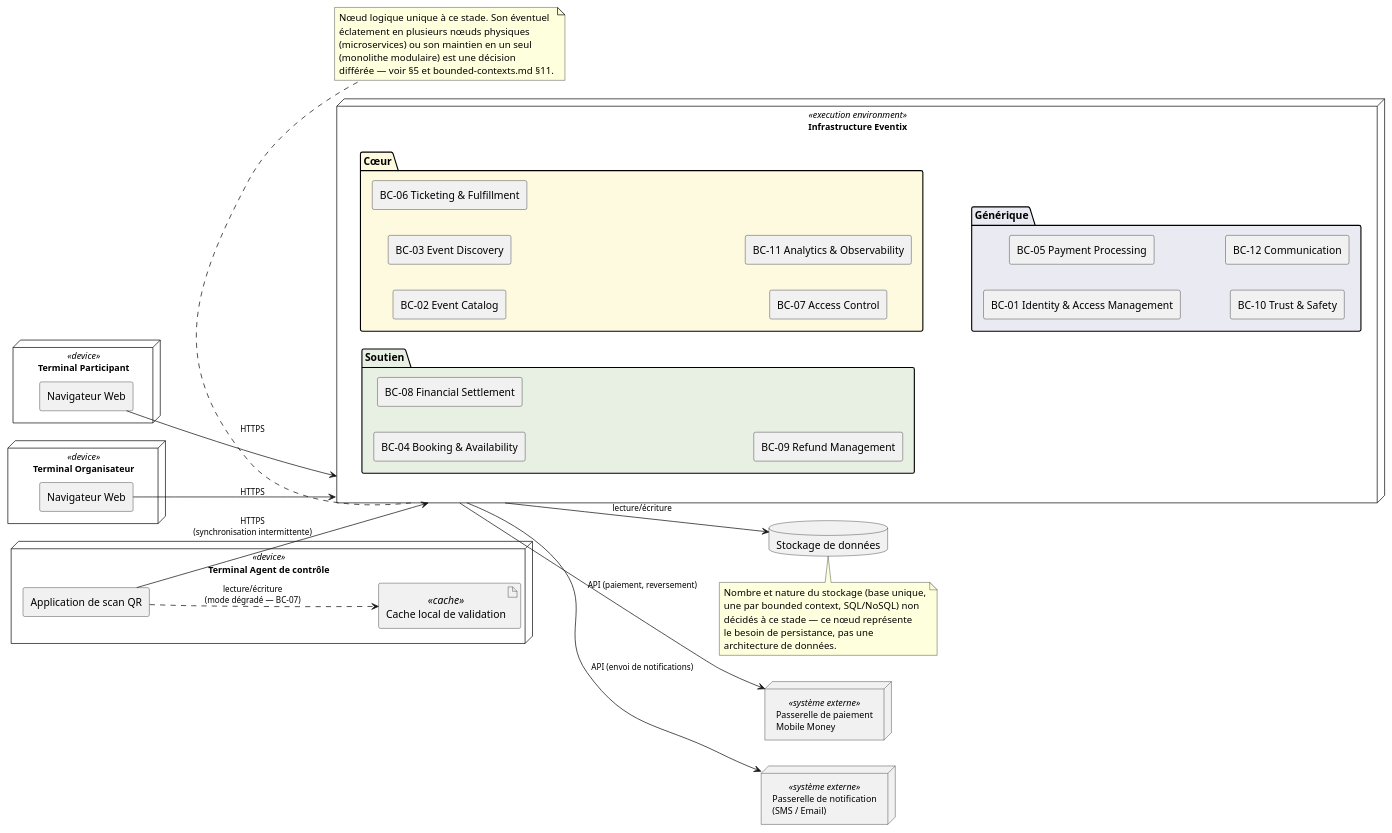
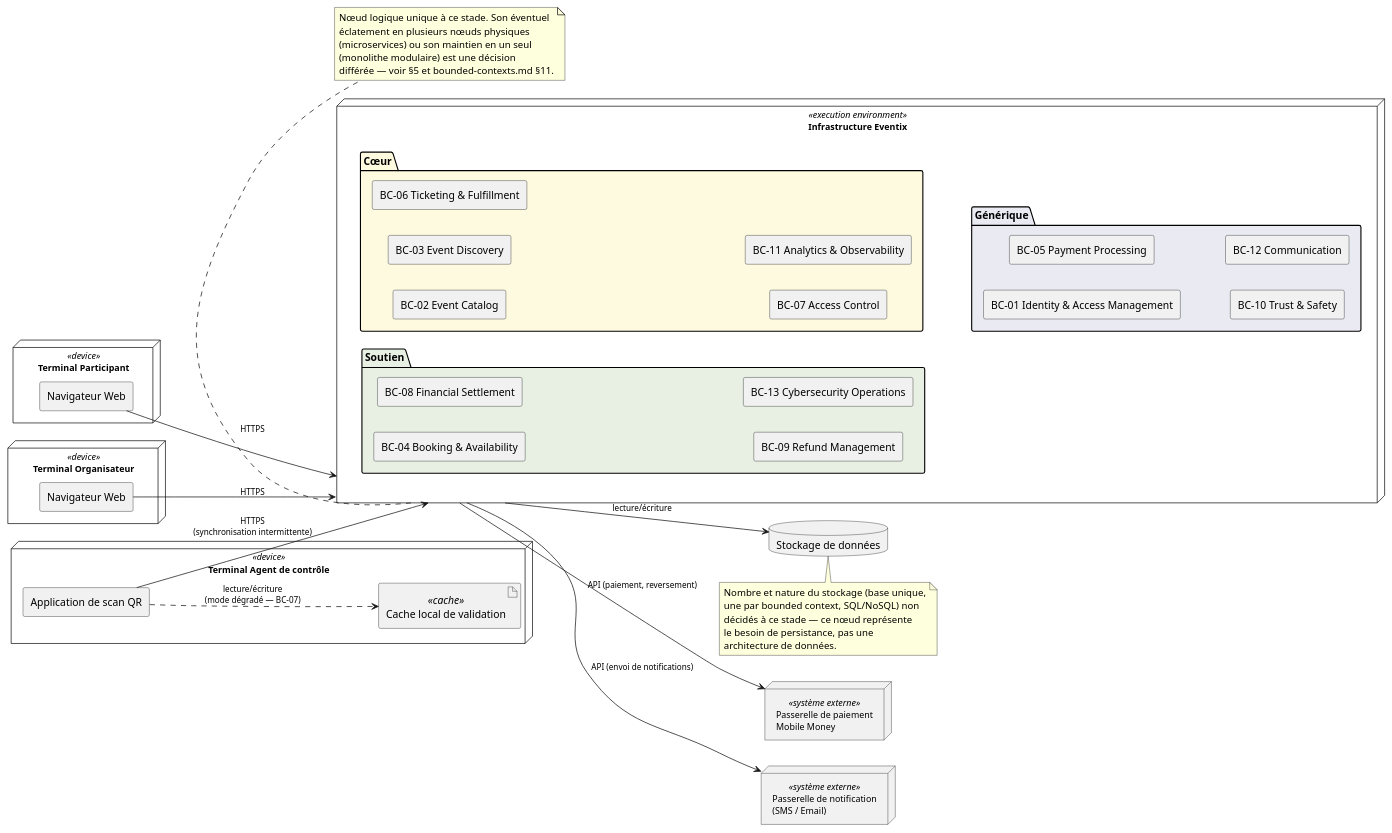
Before and after one commit to SamuHabra/eventix-documentation: the diagram in docs/06-modelisation-uml/diagrammes-de-deploiement.md, drawn with PlantUML. The commit also changed other lines of this file and 67 other files, not shown here.

````diff
--- a/docs/06-modelisation-uml/diagrammes-de-deploiement.md
+++ b/docs/06-modelisation-uml/diagrammes-de-deploiement.md
@@ -54,71 +54,72 @@
 ```plantuml
 @startuml diagramme-de-deploiement
 skinparam ArrowFontSize 11
 skinparam nodeFontSize 12
 skinparam componentStyle rectangle
 left to right direction
 
 node "Terminal Participant" <<device>> as DEV_P {
   component "Navigateur Web" as WEB_P
 }
 
 node "Terminal Organisateur" <<device>> as DEV_O {
   component "Navigateur Web" as WEB_O
 }
 
 node "Terminal Agent de contrôle" <<device>> as DEV_A {
   component "Application de scan QR" as APP_QR
   artifact "Cache local de validation" as CACHE <<cache>>
   APP_QR ..> CACHE : lecture/écriture\n(mode dégradé — BC-07)
 }
 
 node "Infrastructure Eventix" <<execution environment>> as INFRA {
   package "Cœur" #FEFAE0 {
     [BC-02 Event Catalog]
     [BC-03 Event Discovery]
     [BC-06 Ticketing & Fulfillment]
     [BC-07 Access Control]
     [BC-11 Analytics & Observability]
   }
   package "Soutien" #E8F0E4 {
     [BC-04 Booking & Availability]
     [BC-08 Financial Settlement]
     [BC-09 Refund Management]
+    [BC-13 Cybersecurity Operations]
   }
   package "Générique" #EAEAF2 {
     [BC-01 Identity & Access Management]
     [BC-05 Payment Processing]
     [BC-10 Trust & Safety]
     [BC-12 Communication]
   }
 }
 
 database "Stockage de données" as DB
 
 node "Passerelle de paiement\nMobile Money" <<système externe>> as PSP
 node "Passerelle de notification\n(SMS / Email)" <<système externe>> as NOTIF
 
 WEB_P --> INFRA : HTTPS
 WEB_O --> INFRA : HTTPS
 APP_QR --> INFRA : HTTPS\n(synchronisation intermittente)
 INFRA --> DB : lecture/écriture
 INFRA --> PSP : API (paiement, reversement)
 INFRA --> NOTIF : API (envoi de notifications)
 
 note bottom of INFRA
   Nœud logique unique à ce stade. Son éventuel
   éclatement en plusieurs nœuds physiques
   (microservices) ou son maintien en un seul
   (monolithe modulaire) est une décision
   différée — voir §5 et bounded-contexts.md §11.
 end note
 
 note bottom of DB
   Nombre et nature du stockage (base unique,
   une par bounded context, SQL/NoSQL) non
   décidés à ce stade — ce nœud représente
   le besoin de persistance, pas une
   architecture de données.
 end note
 @enduml
 ```
````
